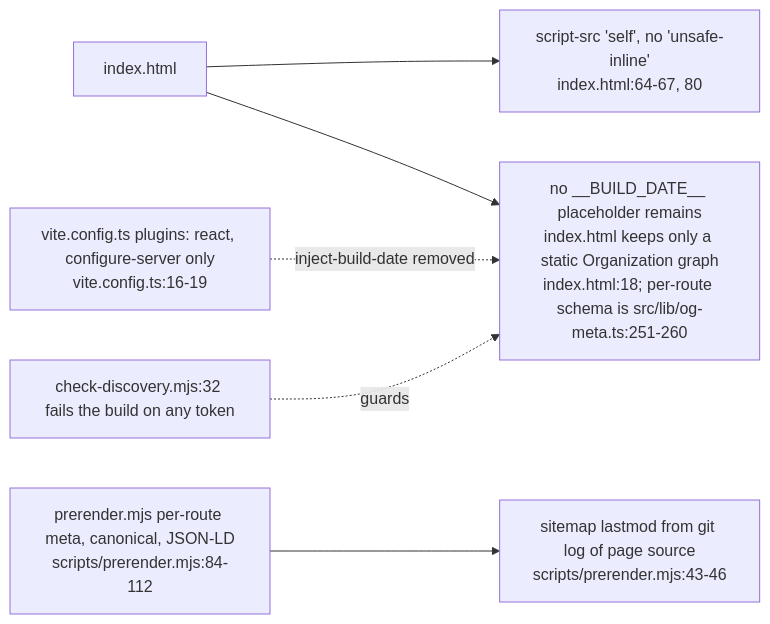
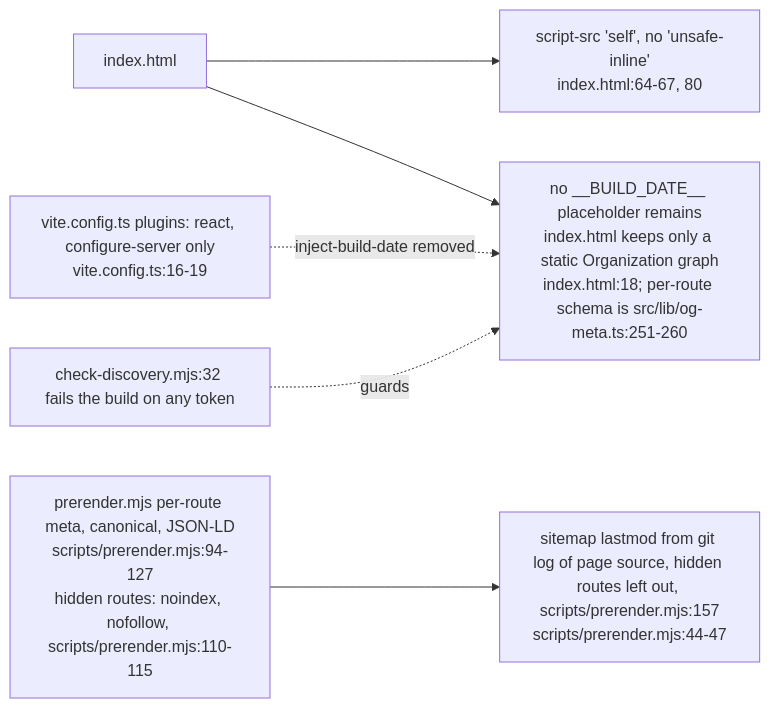
The fourth of 5 diagrams in docs/diagrams/dreamlab-ai-website/02-site-build-and-pages-deploy.md (DreamLab-AI/VisionFlow), drawn with Mermaid before and after one commit. The commit also changed other lines of this file and 160 other files, not shown here.

````diff
--- a/docs/diagrams/dreamlab-ai-website/02-site-build-and-pages-deploy.md
+++ b/docs/diagrams/dreamlab-ai-website/02-site-build-and-pages-deploy.md
@@ -81,8 +84,8 @@
 ```mermaid
 flowchart LR
     HTML["index.html"] --> CSP["script-src 'self', no 'unsafe-inline'<br/>index.html:64-67, 80"]
     HTML --> NODATE["no __BUILD_DATE__ placeholder remains<br/>index.html keeps only a static Organization graph<br/>index.html:18; per-route schema is src/lib/og-meta.ts:251-260"]
     VITE["vite.config.ts plugins: react, configure-server only<br/>vite.config.ts:16-19"] -. "inject-build-date removed" .-> NODATE
-    PRER["prerender.mjs per-route meta, canonical, JSON-LD<br/>scripts/prerender.mjs:84-112"] --> LASTMOD["sitemap lastmod from git log of page source<br/>scripts/prerender.mjs:43-46"]
+    PRER["prerender.mjs per-route meta, canonical, JSON-LD<br/>scripts/prerender.mjs:94-127<br/>hidden routes: noindex, nofollow, scripts/prerender.mjs:110-115"] --> LASTMOD["sitemap lastmod from git log of page source, hidden routes left out, scripts/prerender.mjs:157<br/>scripts/prerender.mjs:44-47"]
     DISC["check-discovery.mjs:32 fails the build on any token"] -. guards .-> NODATE
 ```
````
